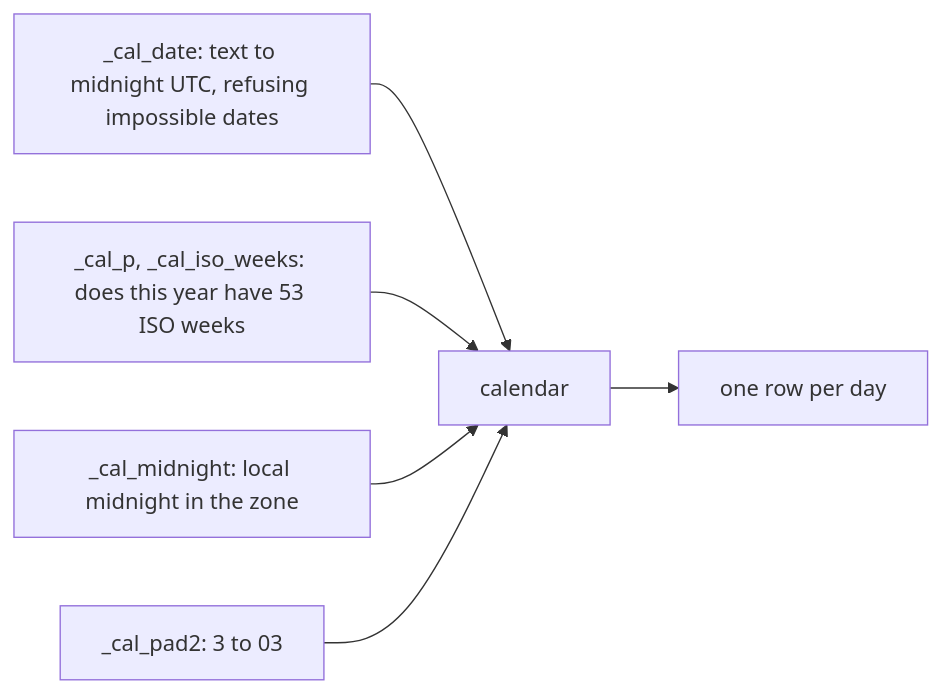
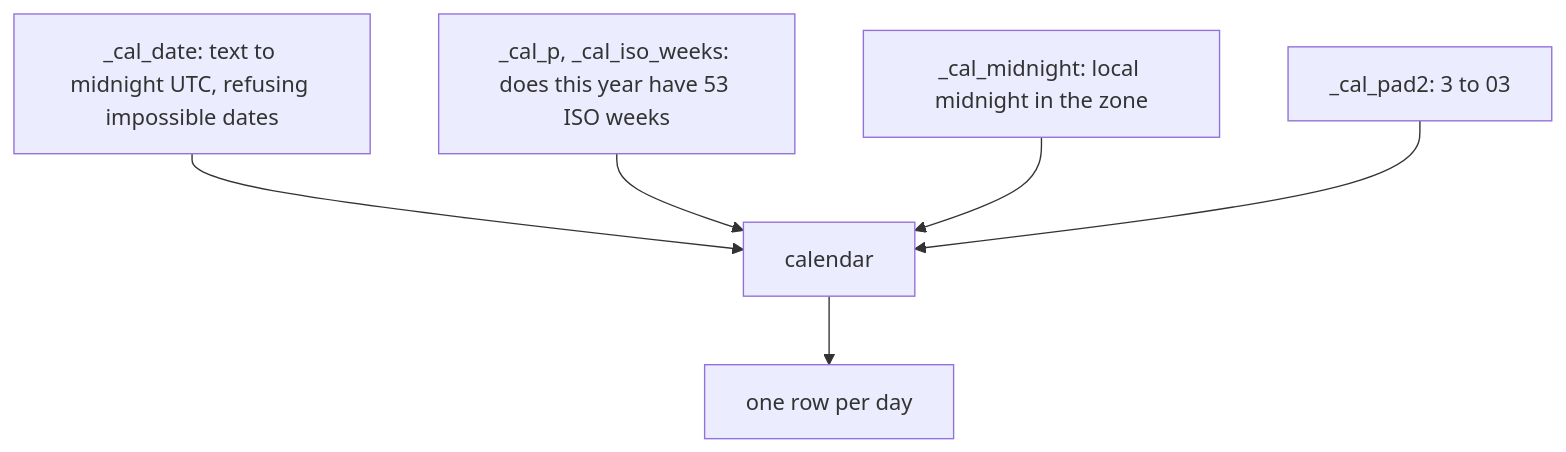
One commit to kundeng/jq-analytics changed the diagram in docs/readout/75-calendar.md. Above: the diagram before and after it, drawn with Mermaid. The commit also changed other lines of this file and 40 other files, not shown here.

````diff
--- a/docs/readout/75-calendar.md
+++ b/docs/readout/75-calendar.md
@@ -7,8 +7,8 @@
 ```mermaid
-flowchart LR
+flowchart TD
   D[_cal_date: text to midnight UTC, refusing impossible dates] --> C[calendar]
   W[_cal_p, _cal_iso_weeks: does this year have 53 ISO weeks] --> C
   M[_cal_midnight: local midnight in the zone] --> C
   P[_cal_pad2: 3 to 03] --> C
   C --> R[one row per day]
 ```
````
